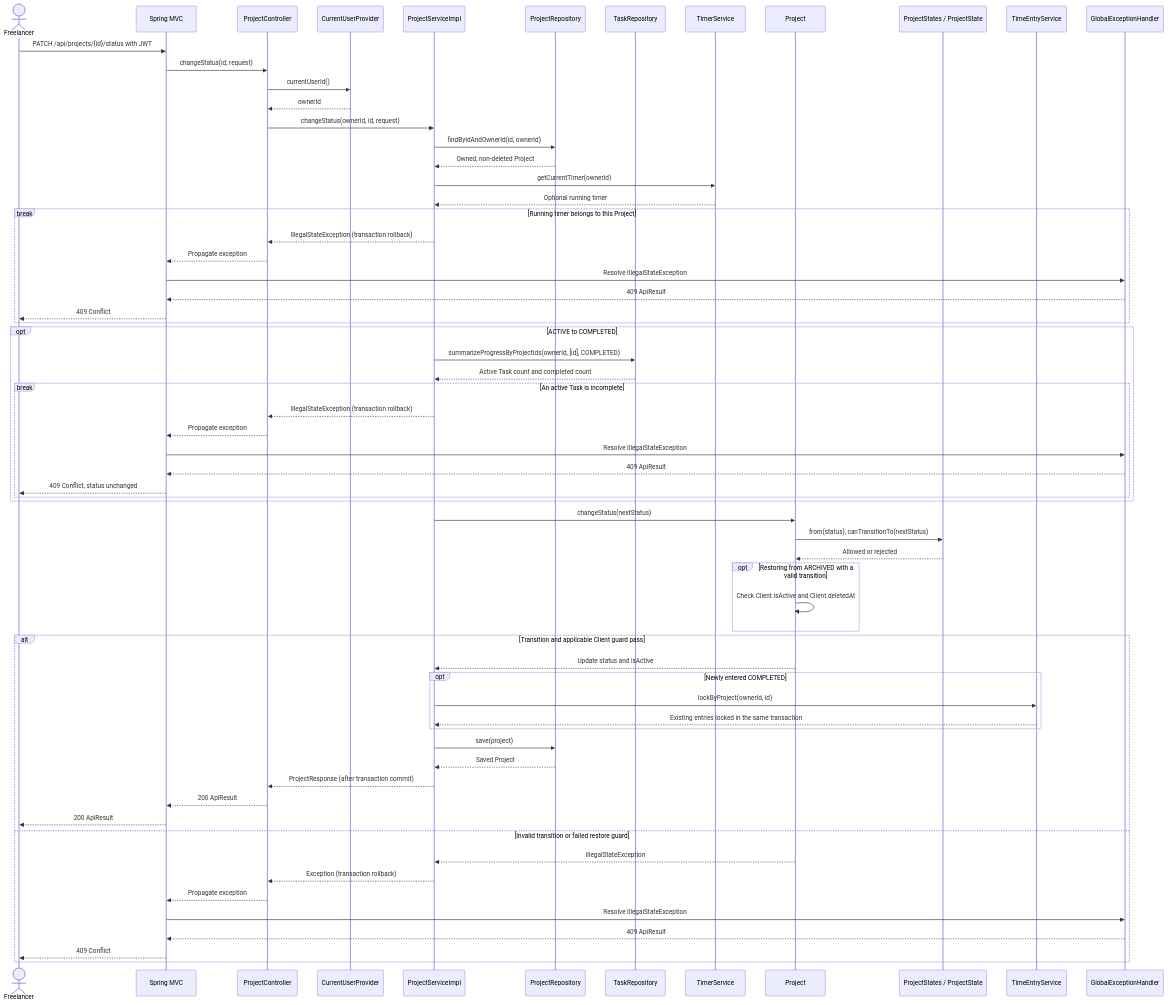
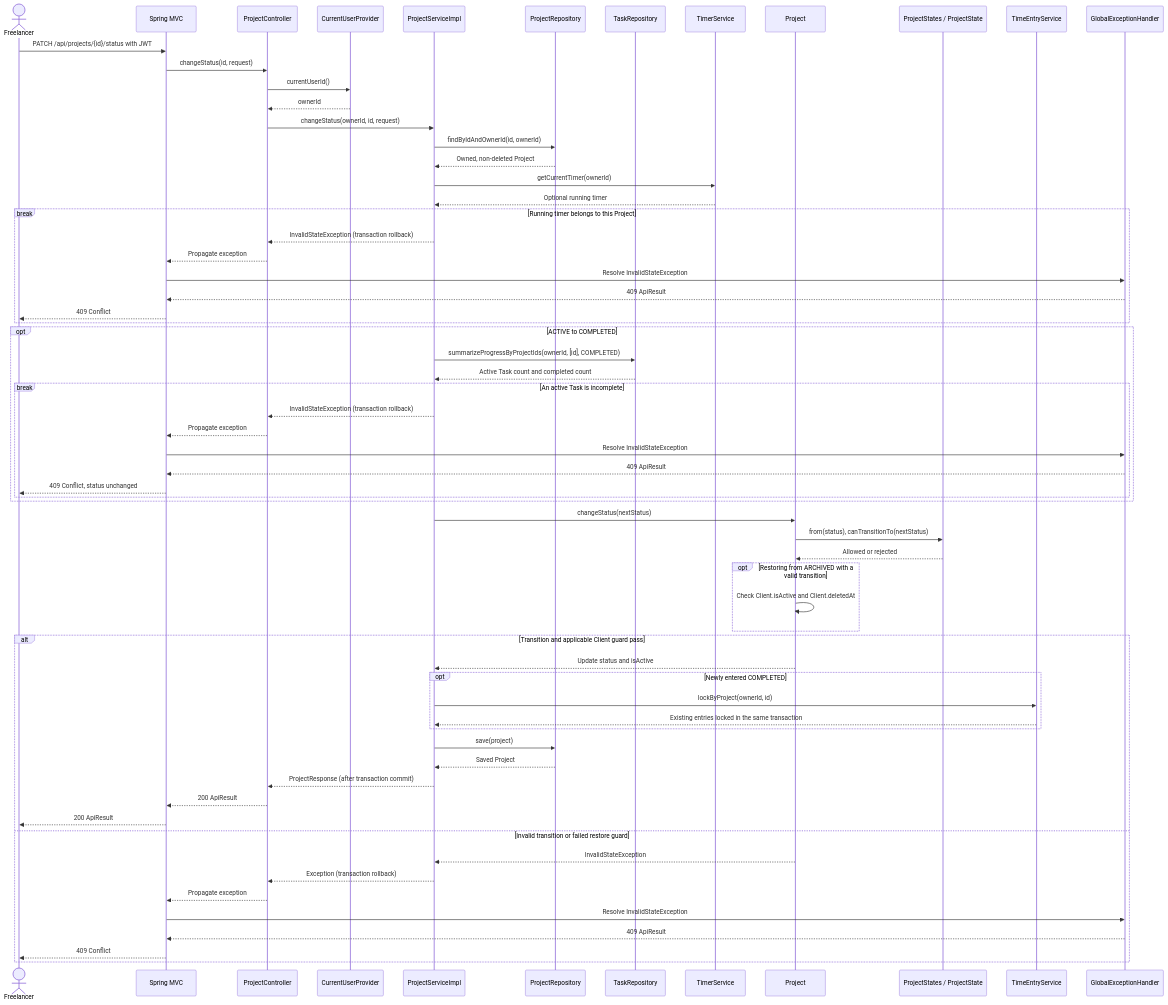
Before and after one commit to lillianxhub/freelance-hub: the third of 6 diagrams in doc/diagrams/sequence-diagram.md, drawn with Mermaid. The commit also changed other lines of this file and 12 other files, not shown here.

````diff
--- a/doc/diagrams/sequence-diagram.md
+++ b/doc/diagrams/sequence-diagram.md
@@ -118,68 +118,68 @@
 ```mermaid
 sequenceDiagram
     actor F as Freelancer
     participant M as Spring MVC
     participant C as ProjectController
     participant U as CurrentUserProvider
     participant S as ProjectServiceImpl
     participant R as ProjectRepository
     participant TR as TaskRepository
     participant T as TimerService
     participant P as Project
     participant ST as ProjectStates / ProjectState
     participant TE as TimeEntryService
     participant H as GlobalExceptionHandler
 
     F->>M: PATCH /api/projects/{id}/status with JWT
     M->>C: changeStatus(id, request)
     C->>U: currentUserId()
     U-->>C: ownerId
     C->>S: changeStatus(ownerId, id, request)
     S->>R: findByIdAndOwnerId(id, ownerId)
     R-->>S: Owned, non-deleted Project
     S->>T: getCurrentTimer(ownerId)
     T-->>S: Optional running timer
     break Running timer belongs to this Project
-        S-->>C: IllegalStateException (transaction rollback)
+        S-->>C: InvalidStateException (transaction rollback)
         C-->>M: Propagate exception
-        M->>H: Resolve IllegalStateException
+        M->>H: Resolve InvalidStateException
         H-->>M: 409 ApiResult
         M-->>F: 409 Conflict
     end
     opt ACTIVE to COMPLETED
         S->>TR: summarizeProgressByProjectIds(ownerId, [id], COMPLETED)
         TR-->>S: Active Task count and completed count
         break An active Task is incomplete
-            S-->>C: IllegalStateException (transaction rollback)
+            S-->>C: InvalidStateException (transaction rollback)
             C-->>M: Propagate exception
-            M->>H: Resolve IllegalStateException
+            M->>H: Resolve InvalidStateException
             H-->>M: 409 ApiResult
             M-->>F: 409 Conflict, status unchanged
         end
     end
     S->>P: changeStatus(nextStatus)
     P->>ST: from(status), canTransitionTo(nextStatus)
     ST-->>P: Allowed or rejected
     opt Restoring from ARCHIVED with a valid transition
         P->>P: Check Client.isActive and Client.deletedAt
     end
     alt Transition and applicable Client guard pass
         P-->>S: Update status and isActive
         opt Newly entered COMPLETED
             S->>TE: lockByProject(ownerId, id)
             TE-->>S: Existing entries locked in the same transaction
         end
         S->>R: save(project)
         R-->>S: Saved Project
         S-->>C: ProjectResponse (after transaction commit)
         C-->>M: 200 ApiResult
         M-->>F: 200 ApiResult
     else Invalid transition or failed restore guard
-        P-->>S: IllegalStateException
+        P-->>S: InvalidStateException
         S-->>C: Exception (transaction rollback)
         C-->>M: Propagate exception
-        M->>H: Resolve IllegalStateException
+        M->>H: Resolve InvalidStateException
         H-->>M: 409 ApiResult
         M-->>F: 409 Conflict
     end
 ```
````
